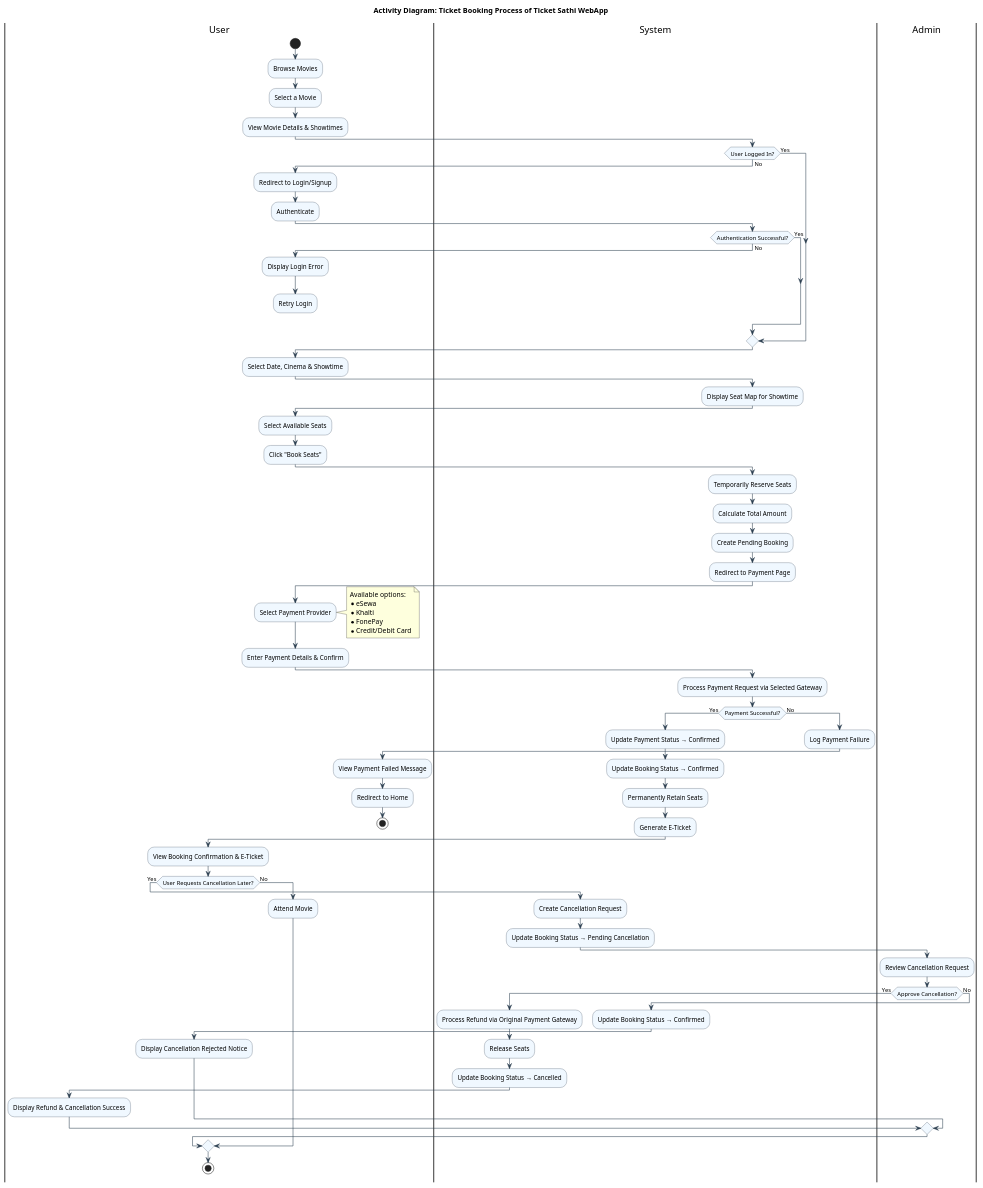
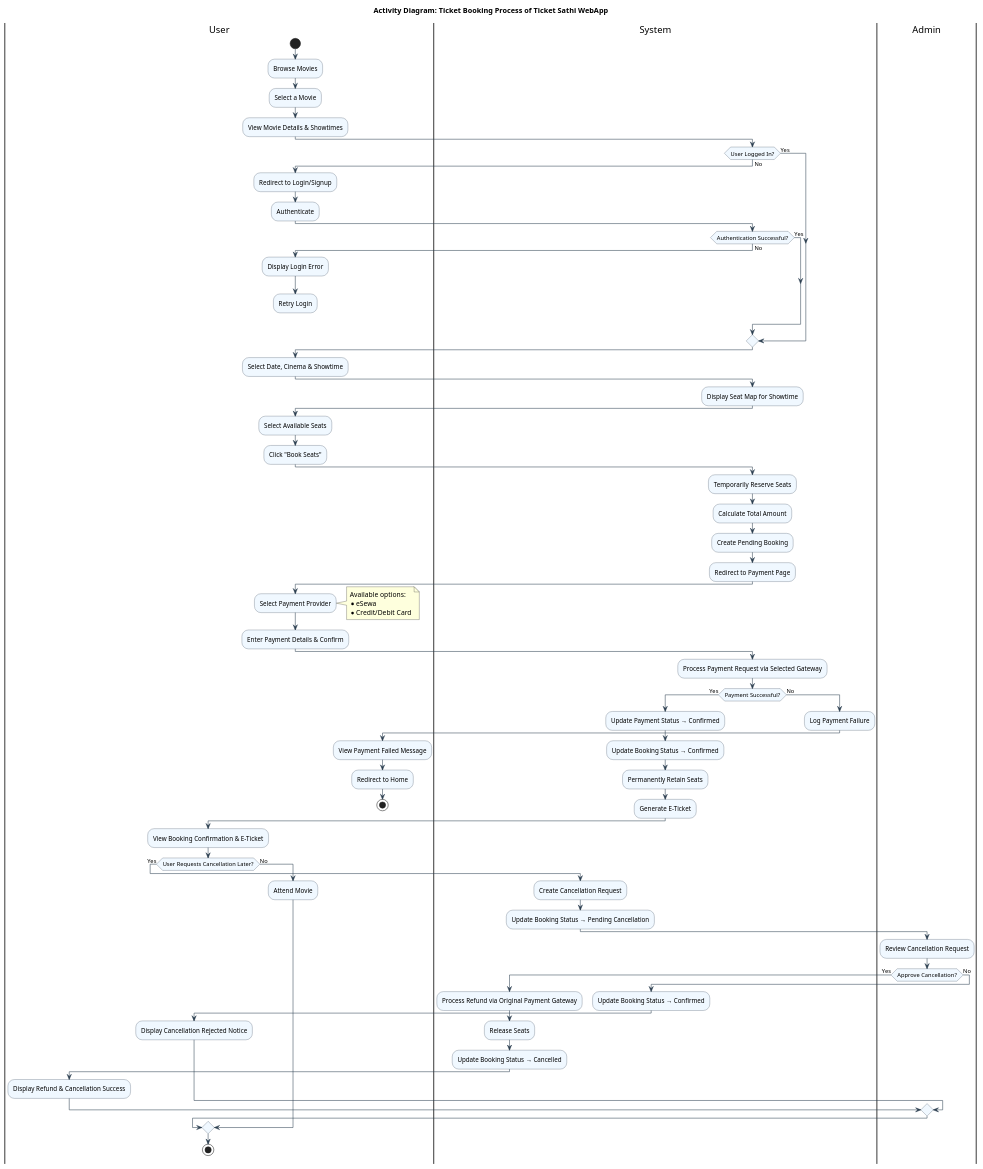
The diagram in project_diagrams_ooad/ticket_booking_activity.puml (Infamouseater24/Ticketsathi), drawn with PlantUML before and after one commit. The commit also changed 6 other files, not shown here.

```diff
--- a/project_diagrams_ooad/ticket_booking_activity.puml
+++ b/project_diagrams_ooad/ticket_booking_activity.puml
@@ -1,109 +1,107 @@
 @startuml ticket_booking_activity
 title Activity Diagram: Ticket Booking Process of Ticket Sathi WebApp
 
 skinparam ActivityBackgroundColor #f0f8ff
 skinparam ActivityBorderColor #2c3e50
 skinparam ArrowColor #2c3e50
 
 |User|
 start
 :Browse Movies;
 :Select a Movie;
 :View Movie Details & Showtimes;
 
 |System|
 if (User Logged In?) then (No)
   |User|
   :Redirect to Login/Signup;
   :Authenticate;
   
   |System|
   if (Authentication Successful?) then (No)
     |User|
     :Display Login Error;
     :Retry Login;
     detach
   else (Yes)
   endif
 else (Yes)
 endif
 
 |User|
 :Select Date, Cinema & Showtime;
 
 |System|
 :Display Seat Map for Showtime;
 
 |User|
 :Select Available Seats;
 :Click "Book Seats";
 
 |System|
 :Temporarily Reserve Seats;
 :Calculate Total Amount;
 :Create Pending Booking;
 :Redirect to Payment Page;
 
 |User|
 :Select Payment Provider;
 note right
   Available options:
   * eSewa
-  * Khalti
-  * FonePay
   * Credit/Debit Card
 end note
 :Enter Payment Details & Confirm;
 
 |System|
 :Process Payment Request via Selected Gateway;
 
 if (Payment Successful?) then (Yes)
   :Update Payment Status → Confirmed;
   :Update Booking Status → Confirmed;
   :Permanently Retain Seats;
   :Generate E-Ticket;
 
   |User|
   :View Booking Confirmation & E-Ticket;
   
   if (User Requests Cancellation Later?) then (Yes)
     |System|
     :Create Cancellation Request;
     :Update Booking Status → Pending Cancellation;
 
     |Admin|
     :Review Cancellation Request;
     
     if (Approve Cancellation?) then (Yes)
       |System|
       :Process Refund via Original Payment Gateway;
       :Release Seats;
       :Update Booking Status → Cancelled;
 
       |User|
       :Display Refund & Cancellation Success;
     else (No)
       |System|
       :Update Booking Status → Confirmed;
 
       |User|
       :Display Cancellation Rejected Notice;
     endif
   else (No)
     |User|
     :Attend Movie;
   endif
   stop
 
 else (No)
   |System|
   :Log Payment Failure;
 
   |User|
   :View Payment Failed Message;
   :Redirect to Home;
   stop
 endif
 
 @enduml
```
